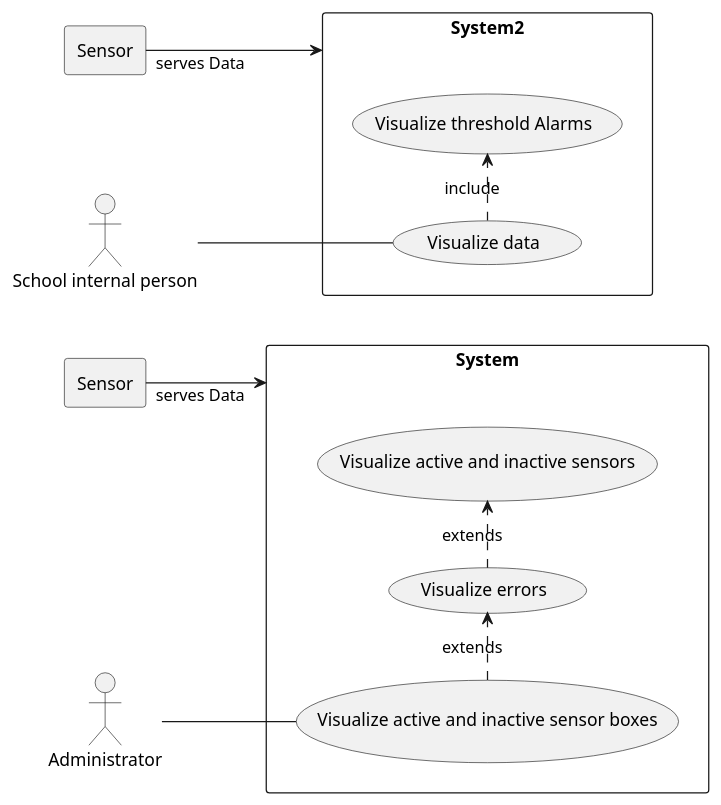
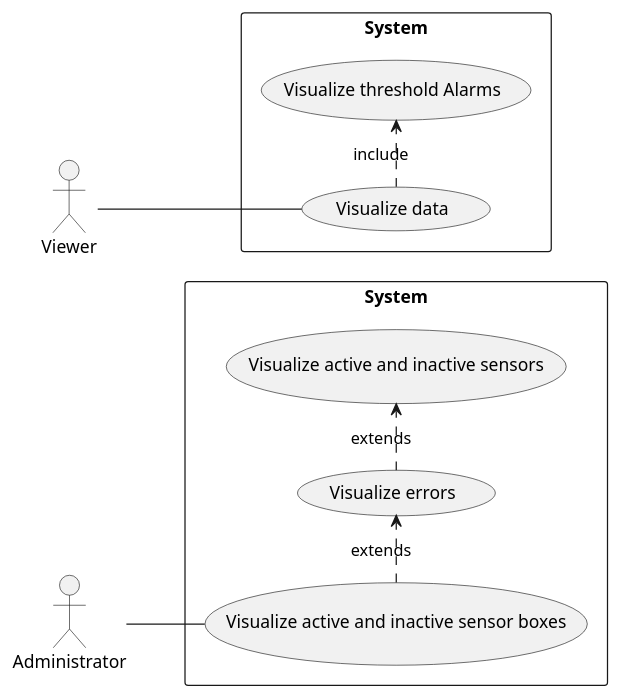
One commit to 2324-5bhitm-itp/2223-4bhitm-project-iot-dashboard changed the diagram in docs/asciidocs/plantuml/ucd.puml. Above: the diagram before and after it, drawn with PlantUML. The commit also changed 2 other files, not shown here.

```diff
--- a/docs/asciidocs/plantuml/ucd.puml
+++ b/docs/asciidocs/plantuml/ucd.puml
@@ -1,41 +1,32 @@
 @startuml
 'https://plantuml.com/sequence-diagram
 
 'UCD -------------------------
-
 left to right direction
-
-rectangle Sensor
-
-Sensor "serves Data" --> System
 
 actor "Administrator" as Administrator
 
 rectangle System as System {
   usecase "Visualize active and inactive sensor boxes" as UC1
 
   usecase "Visualize errors" as UC2
   usecase "Visualize active and inactive sensors" as UC3
 }
 
 Administrator -- UC1
 
 (UC1) .> (UC2) : extends
 (UC2) .> (UC3) : extends
 
 'UCD2 ------------------------
-rectangle Sensor2 as "Sensor"
-
-Sensor2 "serves Data" --> System2
-
-actor "School internal person" as School
+actor "Viewer" as School
 
 rectangle System as System2 {
   usecase "Visualize data" as UC12
   usecase "Visualize threshold Alarms" as UC22
 }
 
 School -- UC12
 (UC12) .> (UC22) : include
 
 @enduml
```
